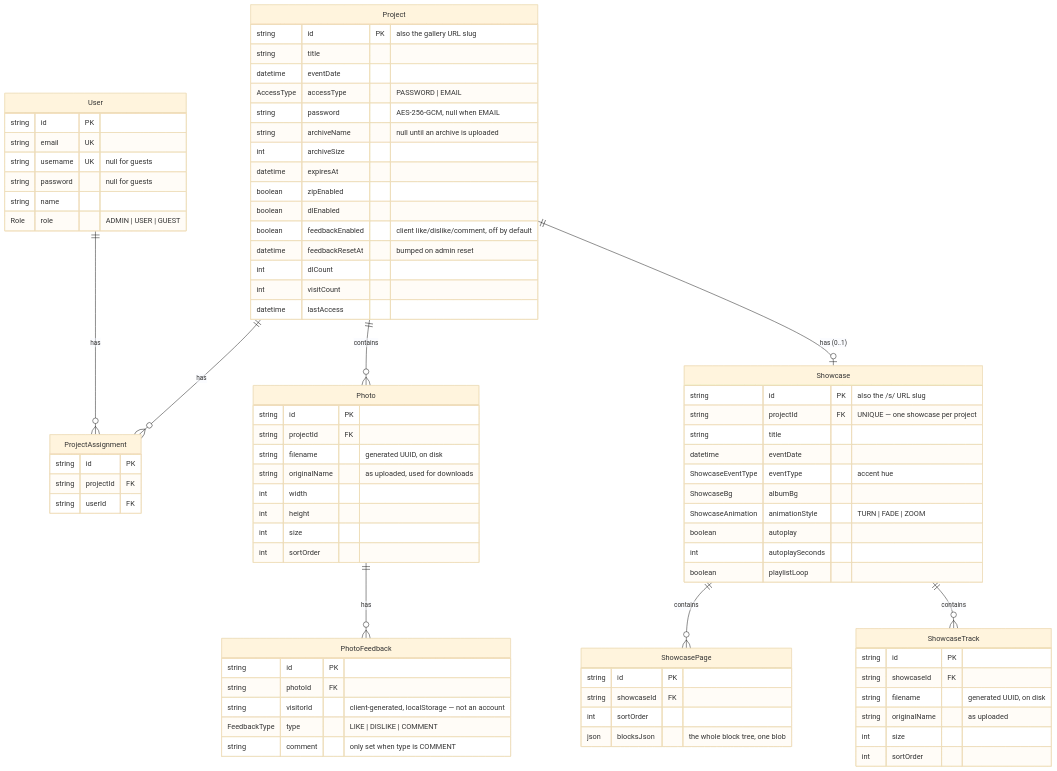
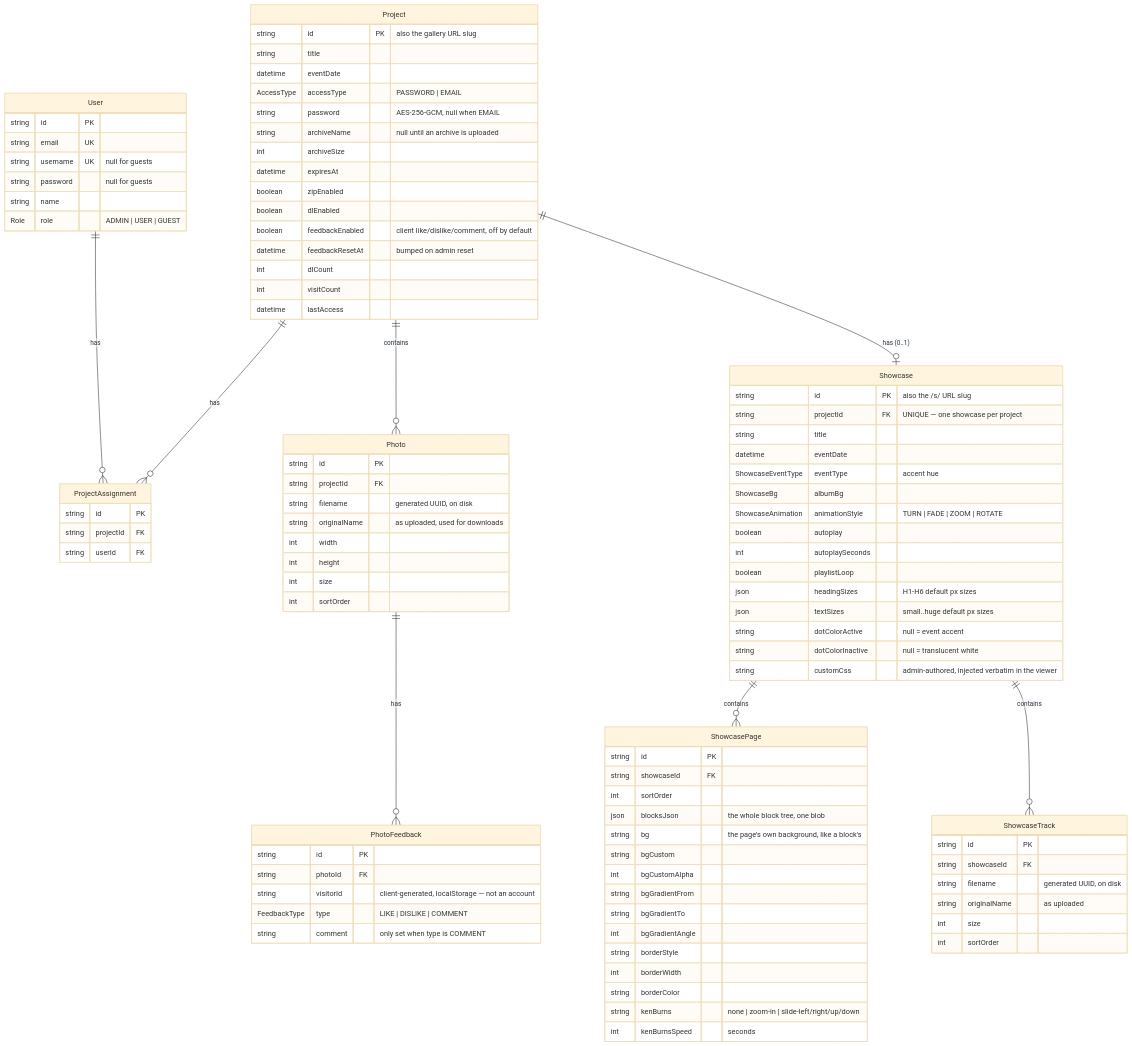
Before and after one commit to Geobusteni/kuvalib: the first of 3 diagrams in ARCHITECTURE.md, drawn with Mermaid (base theme). The commit also changed other lines of this file and 27 other files, not shown here.

First line of the commit message:
Extend showcase builder: headline levels, text sizes, page appearance, Ken Burns; bump to 1.6.0

```diff
--- a/ARCHITECTURE.md
+++ b/ARCHITECTURE.md
@@ -207,16 +207,32 @@
         datetime eventDate
         ShowcaseEventType eventType "accent hue"
         ShowcaseBg albumBg
-        ShowcaseAnimation animationStyle "TURN | FADE | ZOOM"
+        ShowcaseAnimation animationStyle "TURN | FADE | ZOOM | ROTATE"
         boolean autoplay
         int autoplaySeconds
         boolean playlistLoop
+        json headingSizes "H1-H6 default px sizes"
+        json textSizes "small..huge default px sizes"
+        string dotColorActive "null = event accent"
+        string dotColorInactive "null = translucent white"
+        string customCss "admin-authored, injected verbatim in the viewer"
     }
     ShowcasePage {
         string id PK
         string showcaseId FK
         int sortOrder
         json blocksJson "the whole block tree, one blob"
+        string bg "the page's own background, like a block's"
+        string bgCustom
+        int bgCustomAlpha
+        string bgGradientFrom
+        string bgGradientTo
+        int bgGradientAngle
+        string borderStyle
+        int borderWidth
+        string borderColor
+        string kenBurns "none | zoom-in | slide-left/right/up/down"
+        int kenBurnsSpeed "seconds"
     }
     ShowcaseTrack {
         string id PK
```
